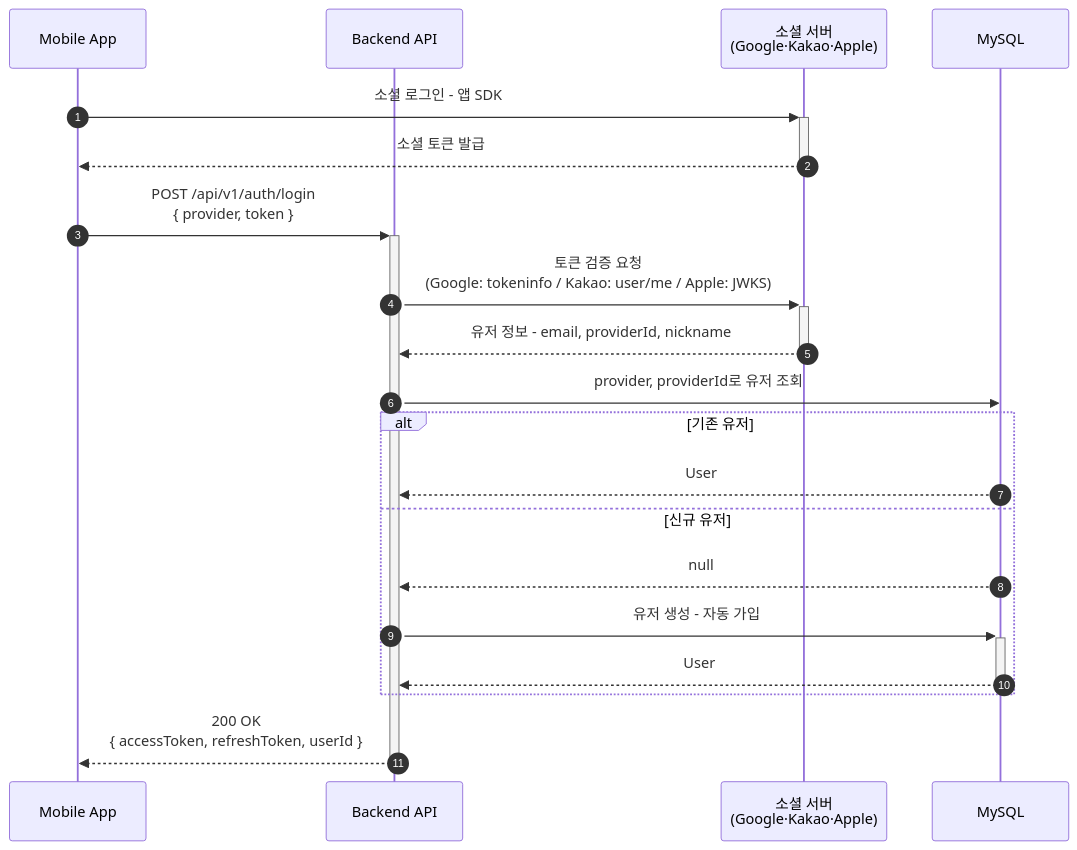
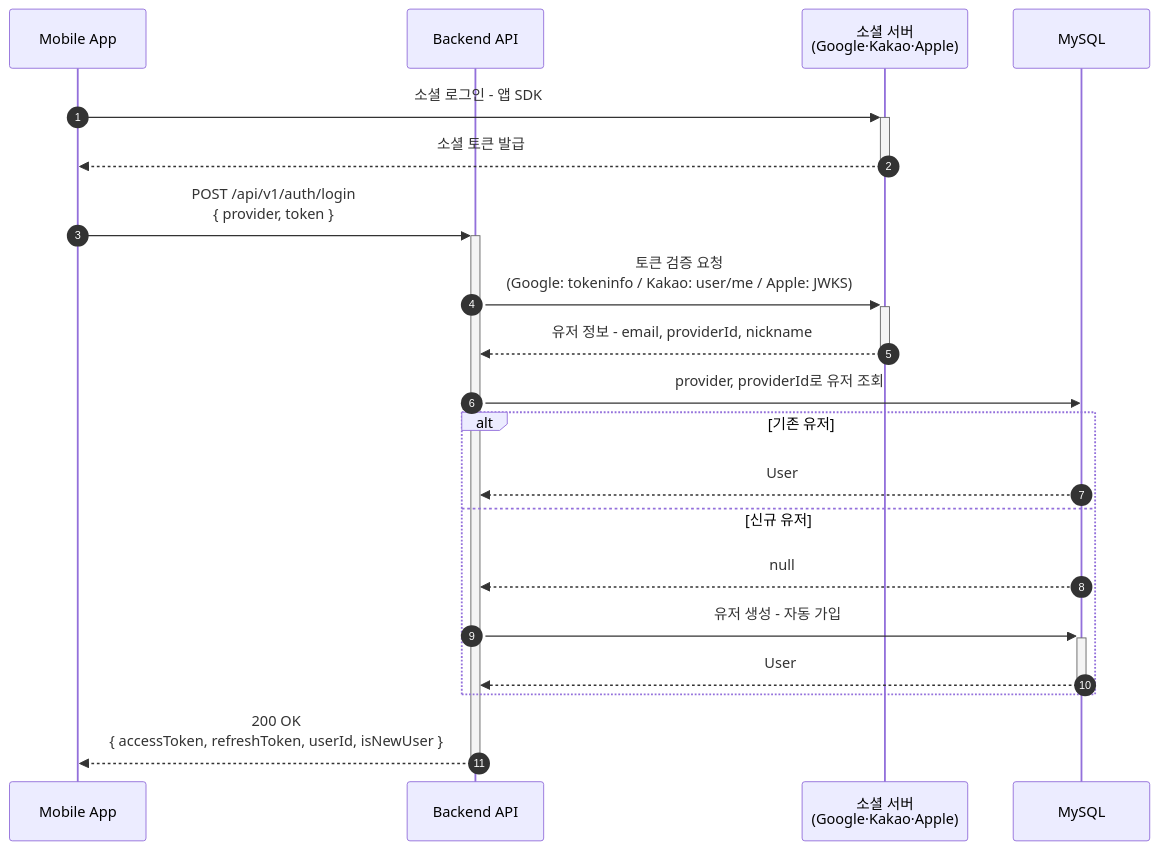
The second of 5 diagrams in docs/05-sequence-diagrams.md (najang/OMO), drawn with Mermaid before and after one commit. The commit also changed other lines of this file and 3 other files, not shown here.

````diff
--- a/docs/05-sequence-diagrams.md
+++ b/docs/05-sequence-diagrams.md
@@ -39,28 +39,28 @@
 ```mermaid
 sequenceDiagram
     autonumber
     participant APP as Mobile App
     participant API as Backend API
     participant Social as 소셜 서버<br/>(Google·Kakao·Apple)
     participant DB as MySQL
 
     APP->>+Social: 소셜 로그인 - 앱 SDK
     Social-->>-APP: 소셜 토큰 발급
 
     APP->>+API: POST /api/v1/auth/login<br/>{ provider, token }
 
     API->>+Social: 토큰 검증 요청<br/>(Google: tokeninfo / Kakao: user/me / Apple: JWKS)
     Social-->>-API: 유저 정보 - email, providerId, nickname
 
     API->>DB: provider, providerId로 유저 조회
 
     alt 기존 유저
         DB-->>API: User
     else 신규 유저
         DB-->>API: null
         API->>+DB: 유저 생성 - 자동 가입
         DB-->>-API: User
     end
 
-    API-->>-APP: 200 OK<br/>{ accessToken, refreshToken, userId }
+    API-->>-APP: 200 OK<br/>{ accessToken, refreshToken, userId, isNewUser }
 ```
````
